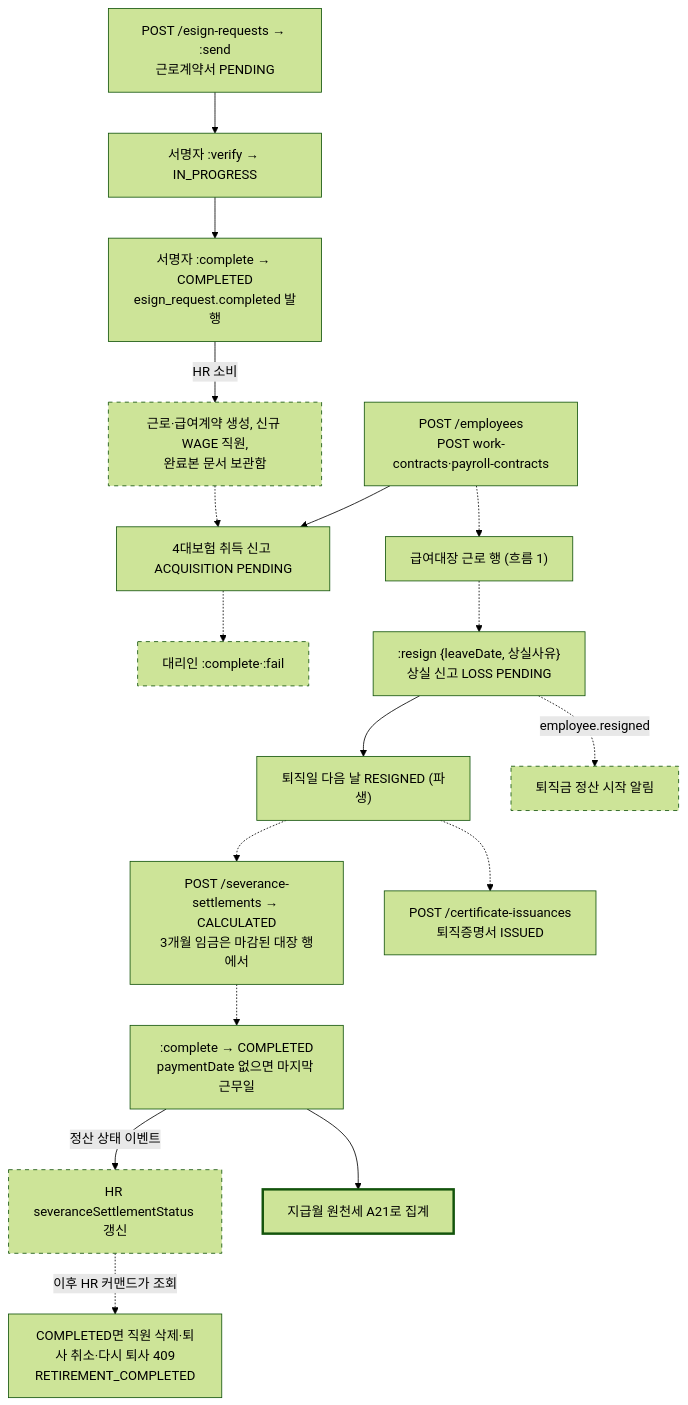
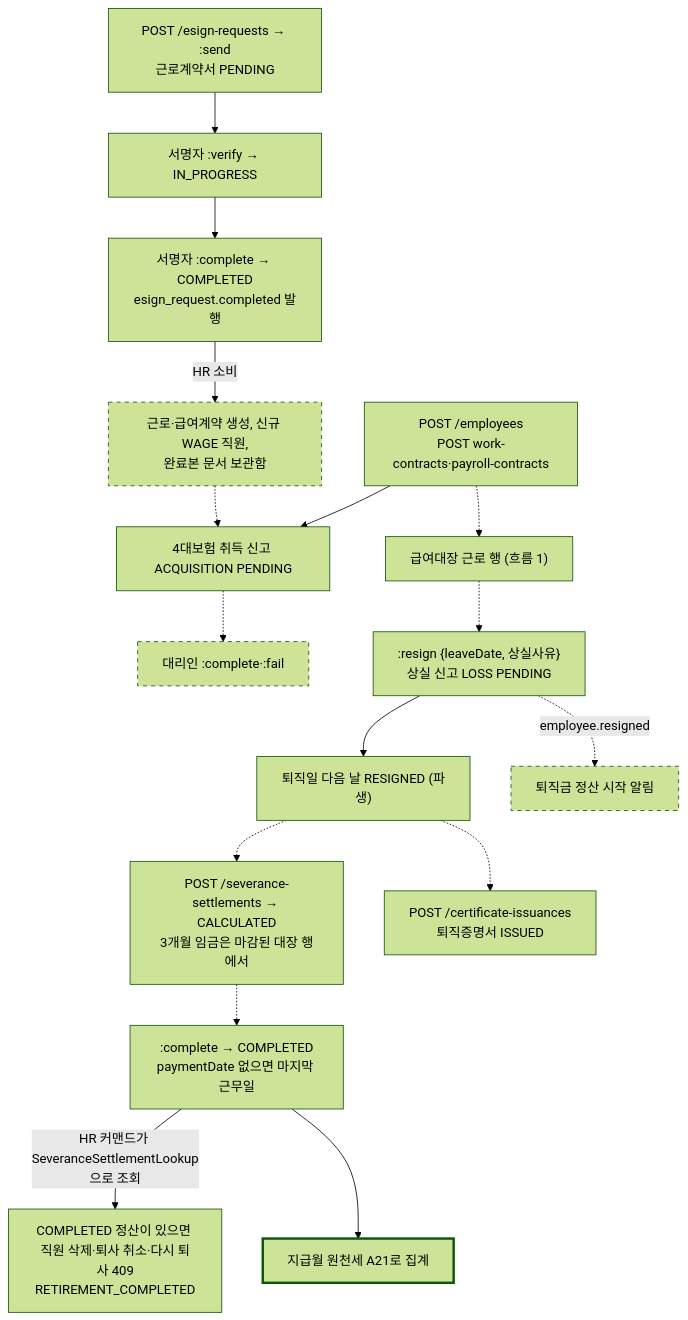
The second of 3 diagrams in docs/design/lifecycles.md (cbcruk/semu), drawn with Mermaid (forest theme) before and after one commit. The commit also changed other lines of this file and 19 other files, not shown here.

````diff
--- a/docs/design/lifecycles.md
+++ b/docs/design/lifecycles.md
@@ -93,21 +93,20 @@
 ```mermaid
 flowchart TD
   esign["POST /esign-requests → :send<br/>근로계약서 PENDING"] --> verify["서명자 :verify → IN_PROGRESS"]
   verify --> complete["서명자 :complete → COMPLETED<br/>esign_request.completed 발행"]
   complete -- "HR 소비" --> hrmake["근로·급여계약 생성, 신규 WAGE 직원,<br/>완료본 문서 보관함"]:::todo
   manual["POST /employees<br/>POST work-contracts·payroll-contracts"] --> acq["4대보험 취득 신고 ACQUISITION PENDING"]
   hrmake -.-> acq
   acq -.-> agentdo["대리인 :complete·:fail"]:::todo
   manual -.-> payroll["급여대장 근로 행 (흐름 1)"]
   payroll -.-> resign[":resign {leaveDate, 상실사유}<br/>상실 신고 LOSS PENDING"]
   resign --> resigned["퇴직일 다음 날 RESIGNED (파생)"]
   resign -. "employee.resigned" .-> start["퇴직금 정산 시작 알림"]:::todo
   resigned -.-> sev["POST /severance-settlements → CALCULATED<br/>3개월 임금은 마감된 대장 행에서"]
   sev -.-> sevdone[":complete → COMPLETED<br/>paymentDate 없으면 마지막 근무일"]
-  sevdone -- "정산 상태 이벤트" --> hrstatus["HR severanceSettlementStatus 갱신"]:::todo
-  hrstatus -. "이후 HR 커맨드가 조회" .-> guard["COMPLETED면 직원 삭제·퇴사 취소·다시 퇴사 409<br/>RETIREMENT_COMPLETED"]
+  sevdone -- "HR 커맨드가 SeveranceSettlementLookup으로 조회" --> guard["COMPLETED 정산이 있으면 직원 삭제·퇴사 취소·다시 퇴사 409<br/>RETIREMENT_COMPLETED"]
   sevdone --> a21["지급월 원천세 A21로 집계"]:::open
   resigned -.-> cert["POST /certificate-issuances<br/>퇴직증명서 ISSUED"]
   classDef todo stroke-dasharray: 5 5
   classDef open stroke-width: 3px
 ```
````
